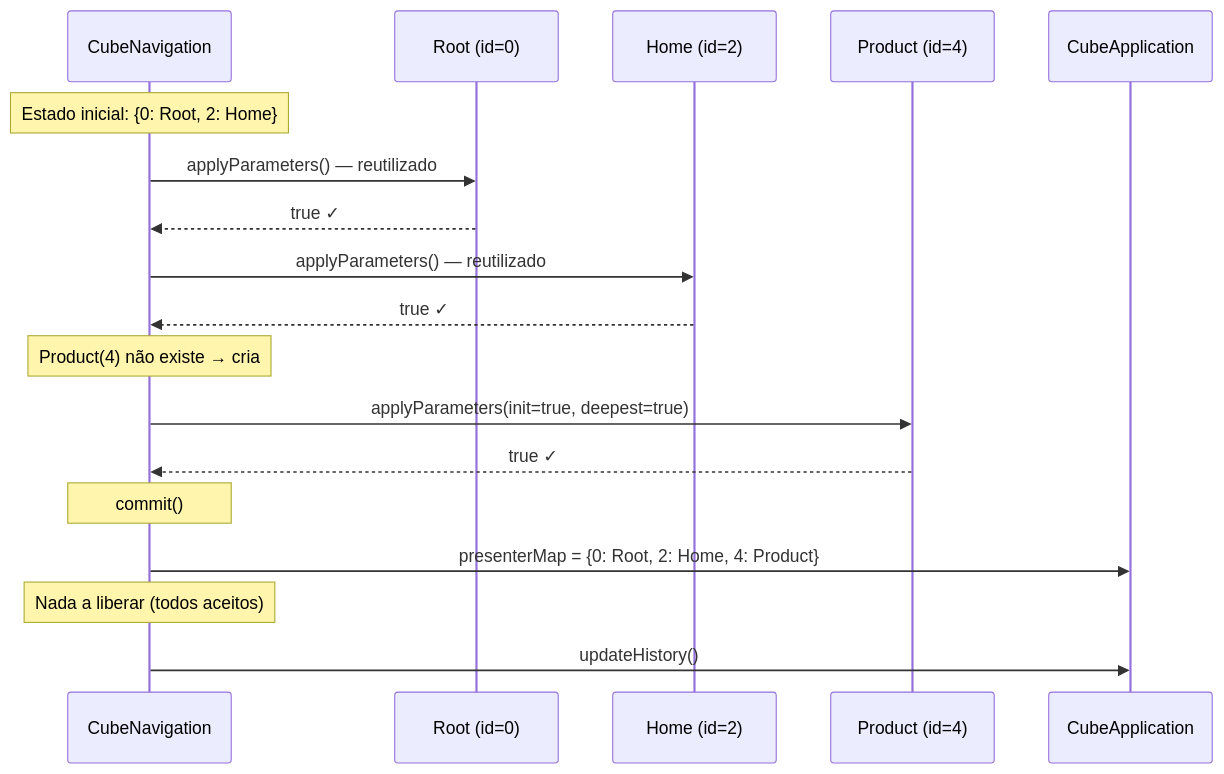
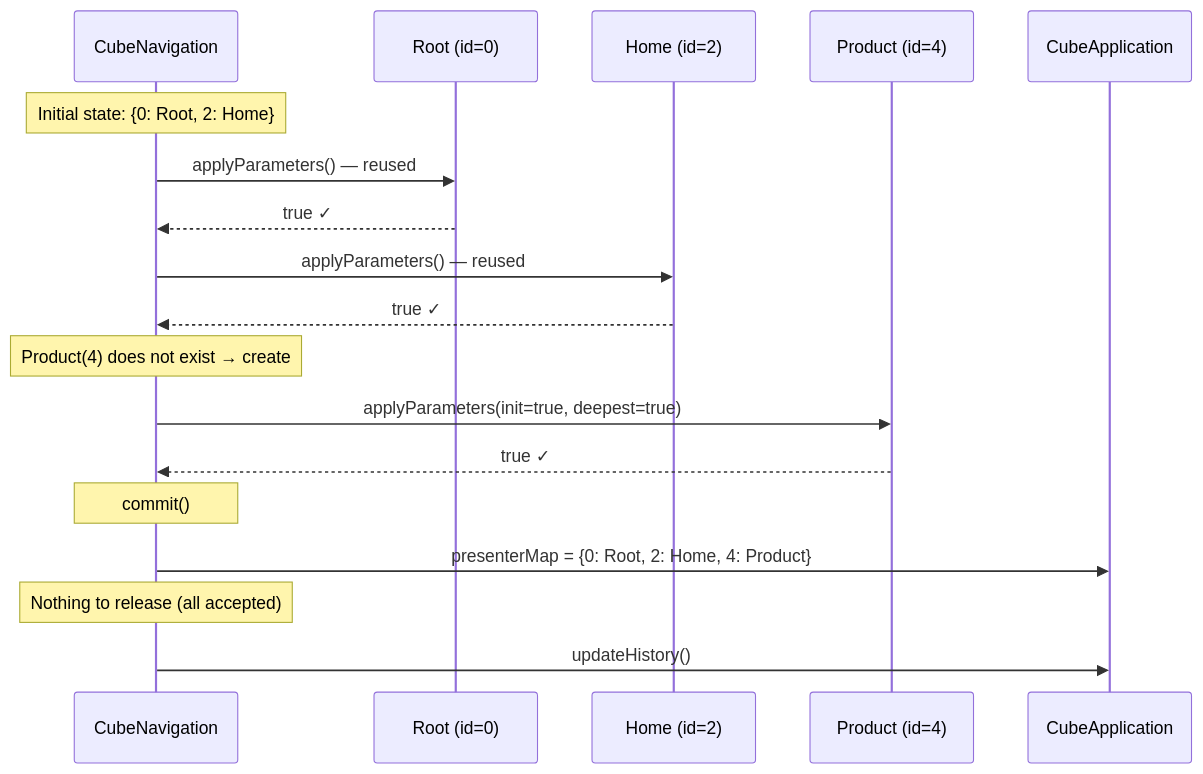
One commit to mrcdom/wdc-cube-kotlin changed the eighth of 19 diagrams in docs/architecture-cube.md. Above: the diagram before and after it, drawn with Mermaid. The commit also changed other lines of this file and 10 other files, not shown here.

First line of the commit message:
docs: architecture docs and top-level READMEs in US English

````diff
--- a/docs/architecture-cube.md
+++ b/docs/architecture-cube.md
@@ -461,25 +461,25 @@
 ```mermaid
 sequenceDiagram
     participant Nav as CubeNavigation
     participant Root as Root (id=0)
     participant Home as Home (id=2)
     participant Prod as Product (id=4)
     participant App as CubeApplication
 
-    Note over Nav: Estado inicial: {0: Root, 2: Home}
+    Note over Nav: Initial state: {0: Root, 2: Home}
 
-    Nav->>Root: applyParameters() — reutilizado
+    Nav->>Root: applyParameters() — reused
     Root-->>Nav: true ✓
 
-    Nav->>Home: applyParameters() — reutilizado
+    Nav->>Home: applyParameters() — reused
     Home-->>Nav: true ✓
 
-    Note over Nav: Product(4) não existe → cria
+    Note over Nav: Product(4) does not exist → create
     Nav->>Prod: applyParameters(init=true, deepest=true)
     Prod-->>Nav: true ✓
 
     Note over Nav: commit()
     Nav->>App: presenterMap = {0: Root, 2: Home, 4: Product}
-    Note over Nav: Nada a liberar (todos aceitos)
+    Note over Nav: Nothing to release (all accepted)
     Nav->>App: updateHistory()
 ```
````
